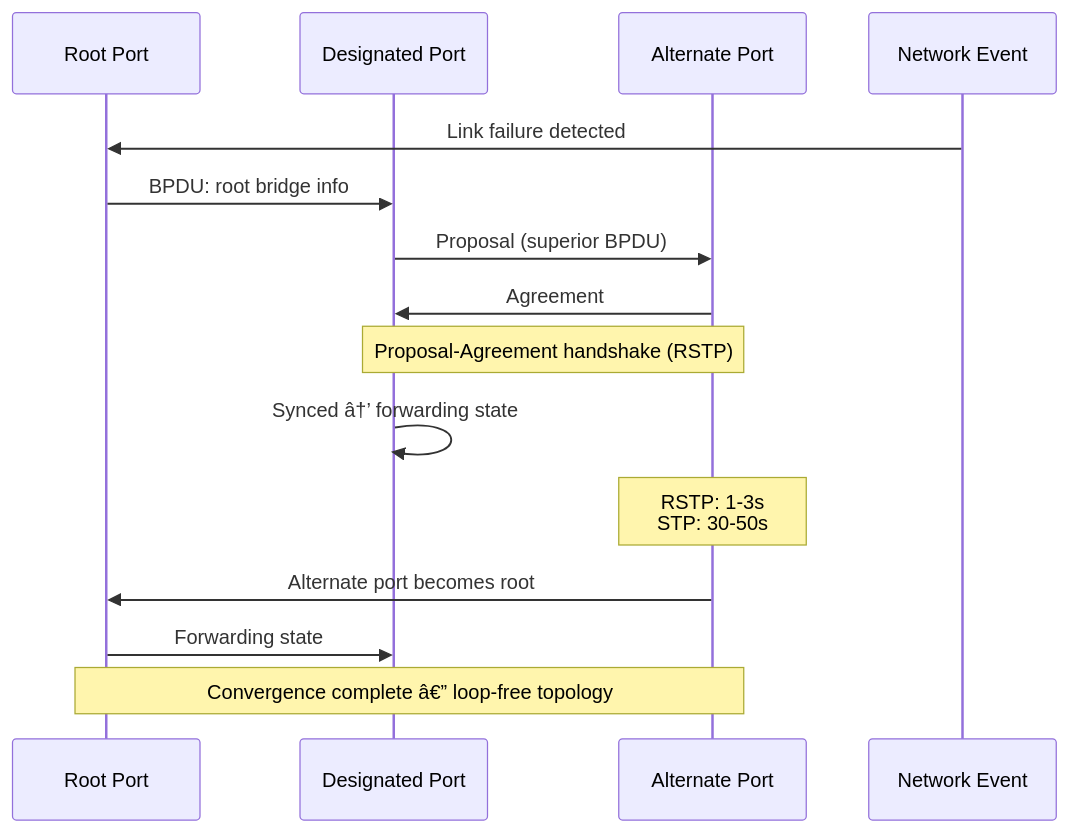
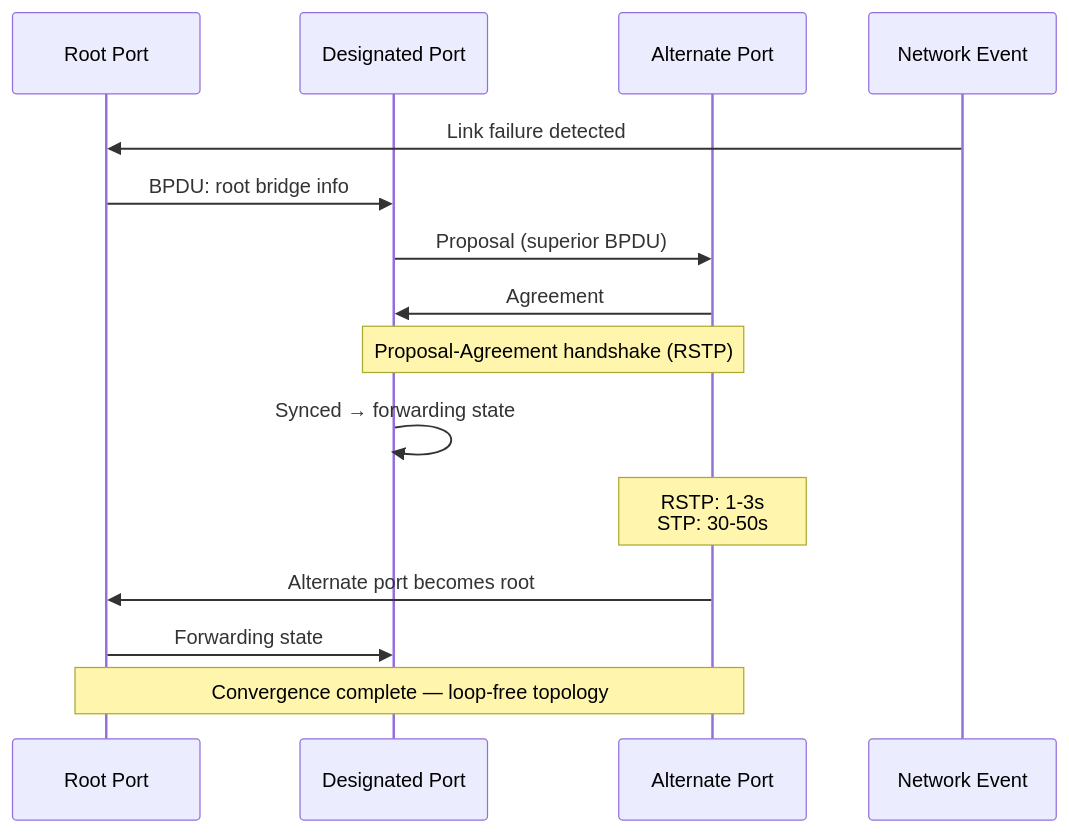
One commit to Raushan666java/ai-engineering-journey changed the third of 3 diagrams in docs/courses/computer-networks/05-ethernet-switching.md. Above: the diagram before and after it, drawn with Mermaid. The commit also changed other lines of this file and 965 other files, not shown here.

````diff
--- a/docs/courses/computer-networks/05-ethernet-switching.md
+++ b/docs/courses/computer-networks/05-ethernet-switching.md
@@ -102,21 +102,21 @@
 ```mermaid
 sequenceDiagram
     participant RP as Root Port
     participant DP as Designated Port
     participant AP as Alternate Port
     participant N as Network Event
 
     N->>RP: Link failure detected
     RP->>DP: BPDU: root bridge info
     DP->>AP: Proposal (superior BPDU)
     AP->>DP: Agreement
     Note over DP,AP: Proposal-Agreement handshake (RSTP)
     
-    DP->>DP: Synced â†’ forwarding state
+    DP->>DP: Synced → forwarding state
     Note over AP: RSTP: 1-3s<br/>STP: 30-50s
 
     AP->>RP: Alternate port becomes root
     RP->>DP: Forwarding state
 
-    Note over RP,AP: Convergence complete â€” loop-free topology
+    Note over RP,AP: Convergence complete — loop-free topology
 ```
````
